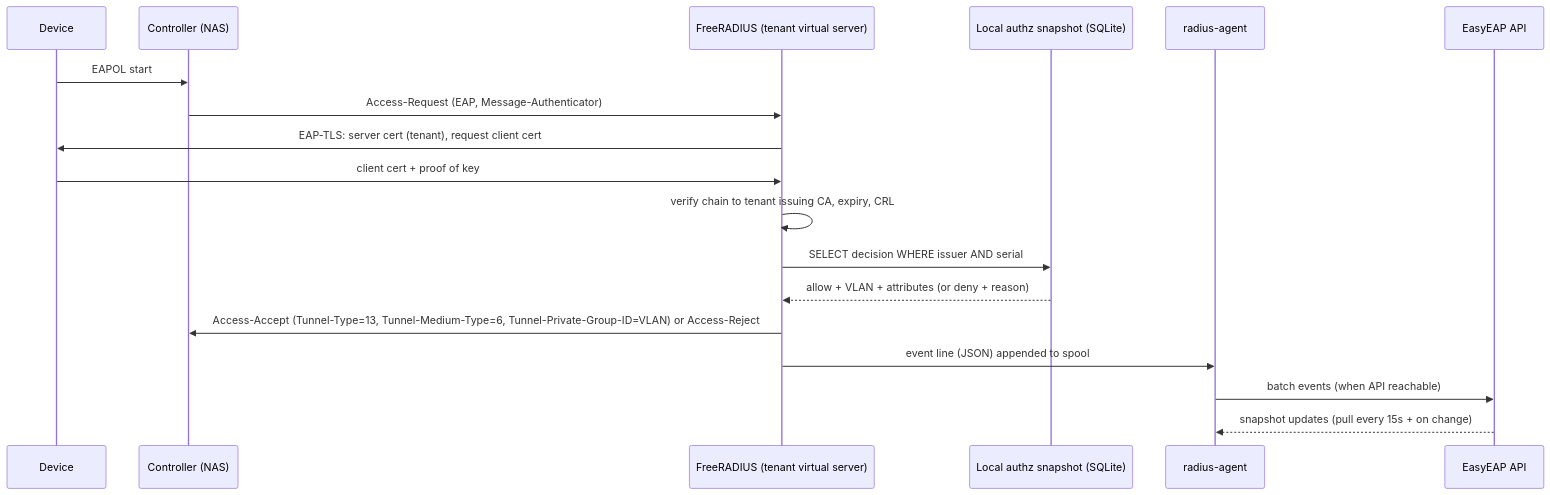
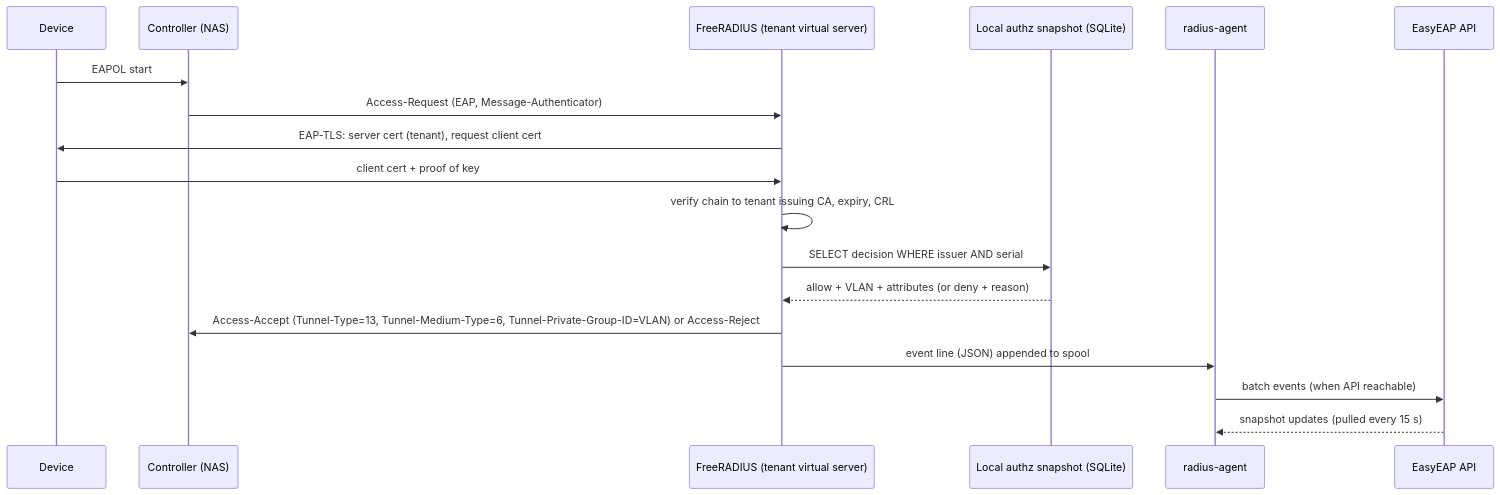
One commit to paulmataruso/EasyEAP changed the third of 3 diagrams in ARCHITECTURE.md. Above: the diagram before and after it, drawn with Mermaid. The commit also changed other lines of this file and 7 other files, not shown here.

````diff
--- a/ARCHITECTURE.md
+++ b/ARCHITECTURE.md
@@ -104,20 +104,20 @@
 ```mermaid
 sequenceDiagram
   participant D as Device
   participant N as Controller (NAS)
   participant R as FreeRADIUS (tenant virtual server)
   participant S as Local authz snapshot (SQLite)
   participant A as radius-agent
   participant API as EasyEAP API
   D->>N: EAPOL start
   N->>R: Access-Request (EAP, Message-Authenticator)
   R->>D: EAP-TLS: server cert (tenant), request client cert
   D->>R: client cert + proof of key
   R->>R: verify chain to tenant issuing CA, expiry, CRL
   R->>S: SELECT decision WHERE issuer AND serial
   S-->>R: allow + VLAN + attributes (or deny + reason)
   R->>N: Access-Accept (Tunnel-Type=13, Tunnel-Medium-Type=6, Tunnel-Private-Group-ID=VLAN) or Access-Reject
   R->>A: event line (JSON) appended to spool
   A->>API: batch events (when API reachable)
-  API-->>A: snapshot updates (pull every 15s + on change)
+  API-->>A: snapshot updates (pulled every 15 s)
 ```
````
